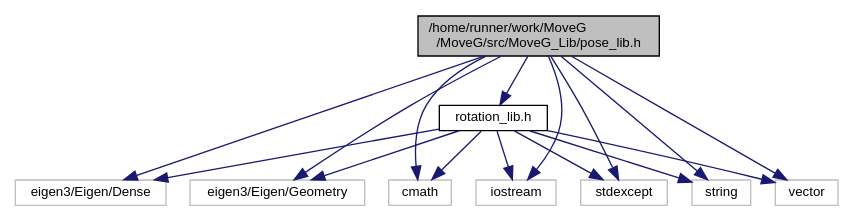
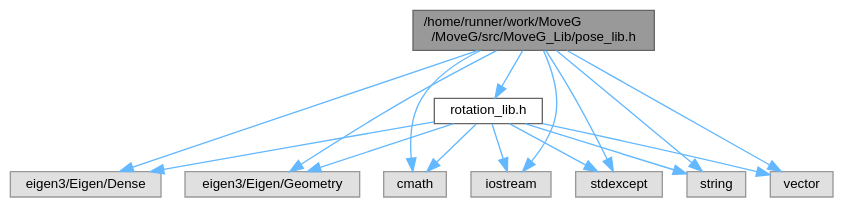
One commit to GiorgioMedico/MoveG changed the diagram in pose__lib_8h__incl.dot. Above: the diagram before and after it, drawn with Graphviz. The commit also changed 164 other files, not shown here.

```diff
--- a/pose__lib_8h__incl.dot
+++ b/pose__lib_8h__incl.dot
@@ -1,30 +1,31 @@
 digraph "/home/runner/work/MoveG/MoveG/src/MoveG_Lib/pose_lib.h"
 {
  // LATEX_PDF_SIZE
-  edge [fontname="Helvetica",fontsize="10",labelfontname="Helvetica",labelfontsize="10"];
-  node [fontname="Helvetica",fontsize="10",shape=record];
-  Node1 [label="/home/runner/work/MoveG\l/MoveG/src/MoveG_Lib/pose_lib.h",height=0.2,width=0.4,color="black", fillcolor="grey75", style="filled", fontcolor="black",tooltip="Classe per la rappresentazione di Pose."];
-  Node1 -> Node2 [color="midnightblue",fontsize="10",style="solid",fontname="Helvetica"];
-  Node2 [label="eigen3/Eigen/Dense",height=0.2,width=0.4,color="grey75", fillcolor="white", style="filled",tooltip=" "];
-  Node1 -> Node3 [color="midnightblue",fontsize="10",style="solid",fontname="Helvetica"];
-  Node3 [label="eigen3/Eigen/Geometry",height=0.2,width=0.4,color="grey75", fillcolor="white", style="filled",tooltip=" "];
-  Node1 -> Node4 [color="midnightblue",fontsize="10",style="solid",fontname="Helvetica"];
-  Node4 [label="cmath",height=0.2,width=0.4,color="grey75", fillcolor="white", style="filled",tooltip=" "];
-  Node1 -> Node5 [color="midnightblue",fontsize="10",style="solid",fontname="Helvetica"];
-  Node5 [label="iostream",height=0.2,width=0.4,color="grey75", fillcolor="white", style="filled",tooltip=" "];
-  Node1 -> Node6 [color="midnightblue",fontsize="10",style="solid",fontname="Helvetica"];
-  Node6 [label="stdexcept",height=0.2,width=0.4,color="grey75", fillcolor="white", style="filled",tooltip=" "];
-  Node1 -> Node7 [color="midnightblue",fontsize="10",style="solid",fontname="Helvetica"];
-  Node7 [label="string",height=0.2,width=0.4,color="grey75", fillcolor="white", style="filled",tooltip=" "];
-  Node1 -> Node8 [color="midnightblue",fontsize="10",style="solid",fontname="Helvetica"];
-  Node8 [label="vector",height=0.2,width=0.4,color="grey75", fillcolor="white", style="filled",tooltip=" "];
-  Node1 -> Node9 [color="midnightblue",fontsize="10",style="solid",fontname="Helvetica"];
-  Node9 [label="rotation_lib.h",height=0.2,width=0.4,color="black", fillcolor="white", style="filled",URL="$rotation__lib_8h.html",tooltip="Classe per la rappresentazione e manipolazione di rotazioni in 3D."];
-  Node9 -> Node2 [color="midnightblue",fontsize="10",style="solid",fontname="Helvetica"];
-  Node9 -> Node3 [color="midnightblue",fontsize="10",style="solid",fontname="Helvetica"];
-  Node9 -> Node4 [color="midnightblue",fontsize="10",style="solid",fontname="Helvetica"];
-  Node9 -> Node5 [color="midnightblue",fontsize="10",style="solid",fontname="Helvetica"];
-  Node9 -> Node6 [color="midnightblue",fontsize="10",style="solid",fontname="Helvetica"];
-  Node9 -> Node7 [color="midnightblue",fontsize="10",style="solid",fontname="Helvetica"];
-  Node9 -> Node8 [color="midnightblue",fontsize="10",style="solid",fontname="Helvetica"];
+  bgcolor="transparent";
+  edge [fontname=Helvetica,fontsize=10,labelfontname=Helvetica,labelfontsize=10];
+  node [fontname=Helvetica,fontsize=10,shape=box,height=0.2,width=0.4];
+  Node1 [id="Node000001",label="/home/runner/work/MoveG\l/MoveG/src/MoveG_Lib/pose_lib.h",height=0.2,width=0.4,color="gray40", fillcolor="grey60", style="filled", fontcolor="black",tooltip="Classe per la rappresentazione di Pose."];
+  Node1 -> Node2 [id="edge1_Node000001_Node000002",color="steelblue1",style="solid",tooltip=" "];
+  Node2 [id="Node000002",label="eigen3/Eigen/Dense",height=0.2,width=0.4,color="grey60", fillcolor="#E0E0E0", style="filled",tooltip=" "];
+  Node1 -> Node3 [id="edge2_Node000001_Node000003",color="steelblue1",style="solid",tooltip=" "];
+  Node3 [id="Node000003",label="eigen3/Eigen/Geometry",height=0.2,width=0.4,color="grey60", fillcolor="#E0E0E0", style="filled",tooltip=" "];
+  Node1 -> Node4 [id="edge3_Node000001_Node000004",color="steelblue1",style="solid",tooltip=" "];
+  Node4 [id="Node000004",label="cmath",height=0.2,width=0.4,color="grey60", fillcolor="#E0E0E0", style="filled",tooltip=" "];
+  Node1 -> Node5 [id="edge4_Node000001_Node000005",color="steelblue1",style="solid",tooltip=" "];
+  Node5 [id="Node000005",label="iostream",height=0.2,width=0.4,color="grey60", fillcolor="#E0E0E0", style="filled",tooltip=" "];
+  Node1 -> Node6 [id="edge5_Node000001_Node000006",color="steelblue1",style="solid",tooltip=" "];
+  Node6 [id="Node000006",label="stdexcept",height=0.2,width=0.4,color="grey60", fillcolor="#E0E0E0", style="filled",tooltip=" "];
+  Node1 -> Node7 [id="edge6_Node000001_Node000007",color="steelblue1",style="solid",tooltip=" "];
+  Node7 [id="Node000007",label="string",height=0.2,width=0.4,color="grey60", fillcolor="#E0E0E0", style="filled",tooltip=" "];
+  Node1 -> Node8 [id="edge7_Node000001_Node000008",color="steelblue1",style="solid",tooltip=" "];
+  Node8 [id="Node000008",label="vector",height=0.2,width=0.4,color="grey60", fillcolor="#E0E0E0", style="filled",tooltip=" "];
+  Node1 -> Node9 [id="edge8_Node000001_Node000009",color="steelblue1",style="solid",tooltip=" "];
+  Node9 [id="Node000009",label="rotation_lib.h",height=0.2,width=0.4,color="grey40", fillcolor="white", style="filled",URL="$rotation__lib_8h.html",tooltip="Classe per la rappresentazione e manipolazione di rotazioni in 3D."];
+  Node9 -> Node2 [id="edge9_Node000009_Node000002",color="steelblue1",style="solid",tooltip=" "];
+  Node9 -> Node3 [id="edge10_Node000009_Node000003",color="steelblue1",style="solid",tooltip=" "];
+  Node9 -> Node4 [id="edge11_Node000009_Node000004",color="steelblue1",style="solid",tooltip=" "];
+  Node9 -> Node5 [id="edge12_Node000009_Node000005",color="steelblue1",style="solid",tooltip=" "];
+  Node9 -> Node6 [id="edge13_Node000009_Node000006",color="steelblue1",style="solid",tooltip=" "];
+  Node9 -> Node7 [id="edge14_Node000009_Node000007",color="steelblue1",style="solid",tooltip=" "];
+  Node9 -> Node8 [id="edge15_Node000009_Node000008",color="steelblue1",style="solid",tooltip=" "];
 }
```
